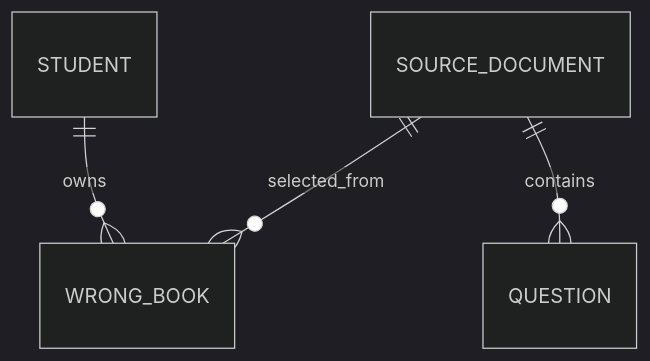
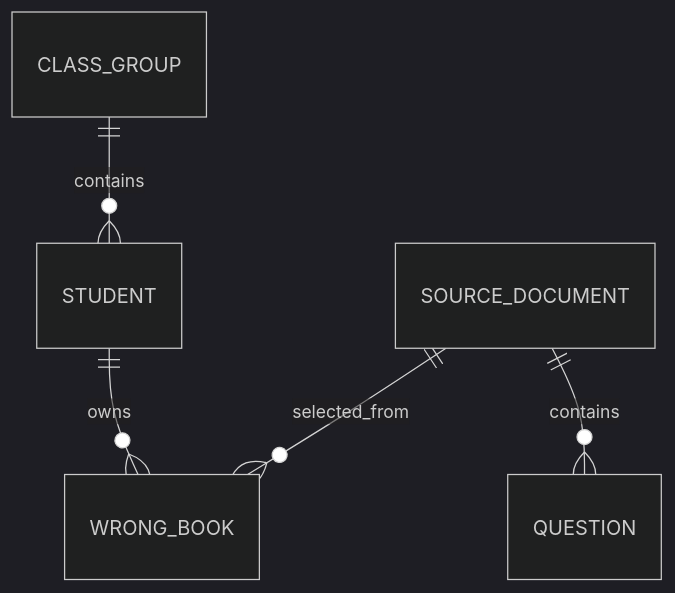
Before and after one commit to wangnn0506/math-analysis-system: the first of 2 diagrams in docs/DATABASE.md, drawn with Mermaid (dark theme). The commit also changed other lines of this file and 21 other files, not shown here.

```diff
--- a/docs/DATABASE.md
+++ b/docs/DATABASE.md
@@ -34,6 +35,7 @@
 ~~~mermaid
 erDiagram
+    CLASS_GROUP ||--o{ STUDENT : contains
     STUDENT ||--o{ WRONG_BOOK : owns
     SOURCE_DOCUMENT ||--o{ QUESTION : contains
     SOURCE_DOCUMENT ||--o{ WRONG_BOOK : selected_from
 ~~~
```
